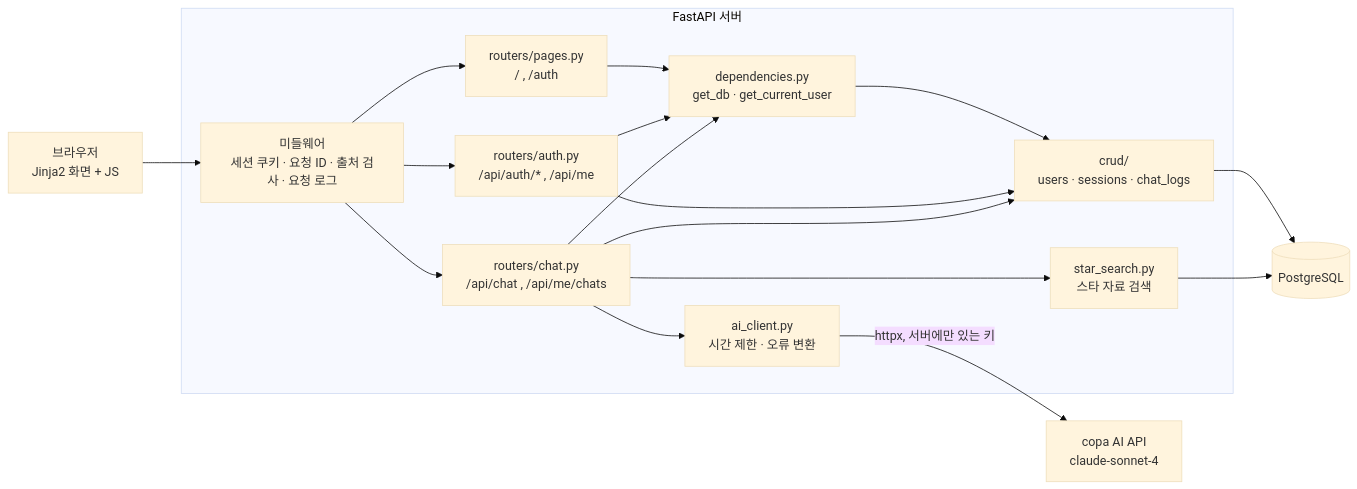
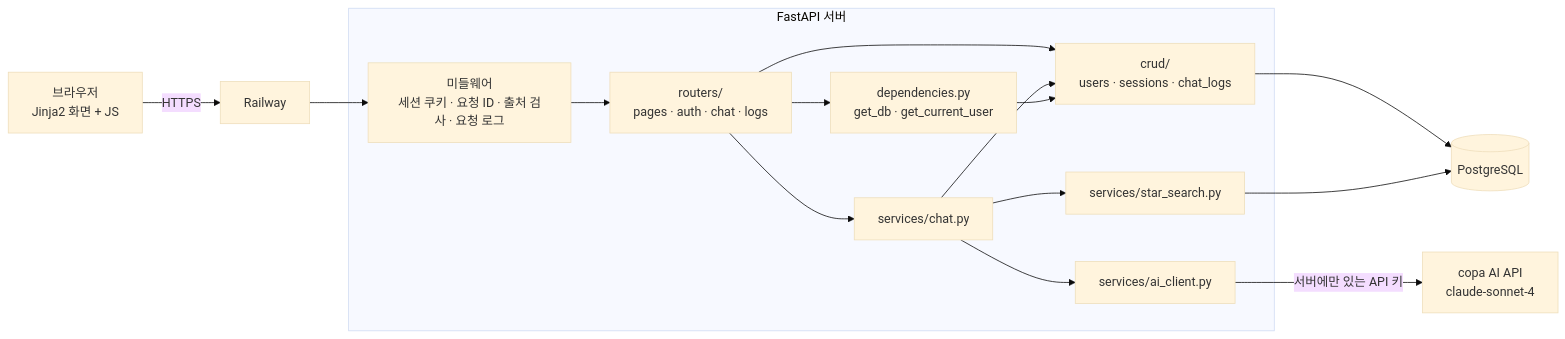
Before and after one commit to innurhap28/Next-Star-Hunter.bot: the first of 2 diagrams in README.md, drawn with Mermaid (base theme). The commit also changed other lines of this file, not shown here.

Commit message:
docs: README를 화면·시스템 구조·ERD·로그 확인 방법 중심으로 재구성

````diff
--- a/README.md
+++ b/README.md
@@ -48,20 +68,18 @@
 ```mermaid
 flowchart LR
-    B["브라우저<br/>Jinja2 화면 + JS"] --> M["미들웨어<br/>세션 쿠키 · 요청 ID · 출처 검사 · 요청 로그"]
+    B["브라우저<br/>Jinja2 화면 + JS"] -->|HTTPS| R["Railway"]
+    R --> M
     subgraph S["FastAPI 서버"]
-        M --> P["routers/pages.py<br/>/ , /auth"]
-        M --> A["routers/auth.py<br/>/api/auth/* , /api/me"]
-        M --> C["routers/chat.py<br/>/api/chat , /api/me/chats"]
-        P --> D["dependencies.py<br/>get_db · get_current_user"]
-        A --> D
-        C --> D
-        D --> R["crud/<br/>users · sessions · chat_logs"]
-        A --> R
-        C --> R
-        C --> SS["star_search.py<br/>스타 자료 검색"]
-        C --> AI["ai_client.py<br/>시간 제한 · 오류 변환"]
+        M["미들웨어<br/>세션 쿠키 · 요청 ID · 출처 검사 · 요청 로그"] --> RT["routers/<br/>pages · auth · chat · logs"]
+        RT --> D["dependencies.py<br/>get_db · get_current_user"]
+        RT --> SV["services/chat.py"]
+        SV --> SS["services/star_search.py"]
+        SV --> AC["services/ai_client.py"]
+        RT --> CR["crud/<br/>users · sessions · chat_logs"]
+        SV --> CR
+        D --> CR
     end
-    R --> DB[("PostgreSQL")]
+    CR --> DB[("PostgreSQL")]
     SS --> DB
-    AI -->|"httpx, 서버에만 있는 키"| COPA["copa AI API<br/>claude-sonnet-4"]
+    AC -->|"서버에만 있는 API 키"| AI["copa AI API<br/>claude-sonnet-4"]
 ```
````
